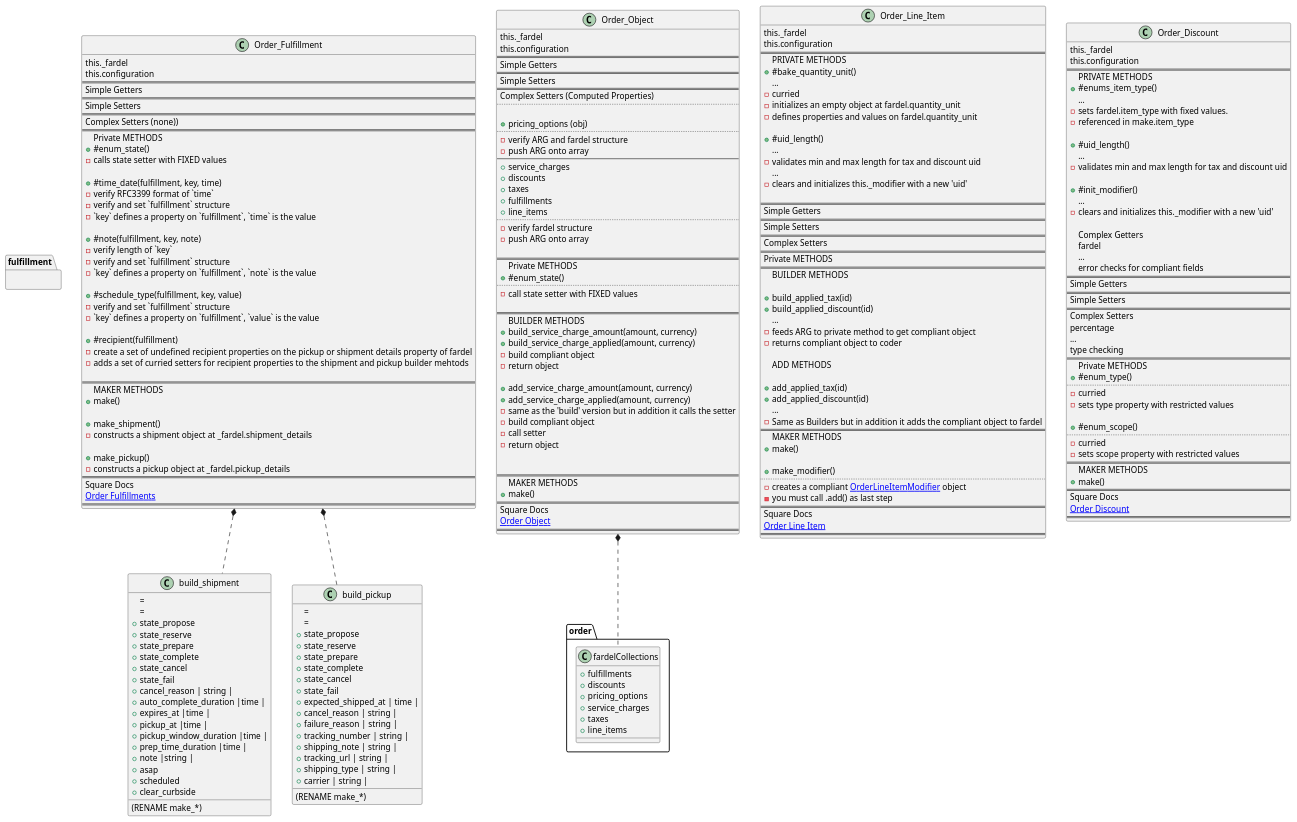
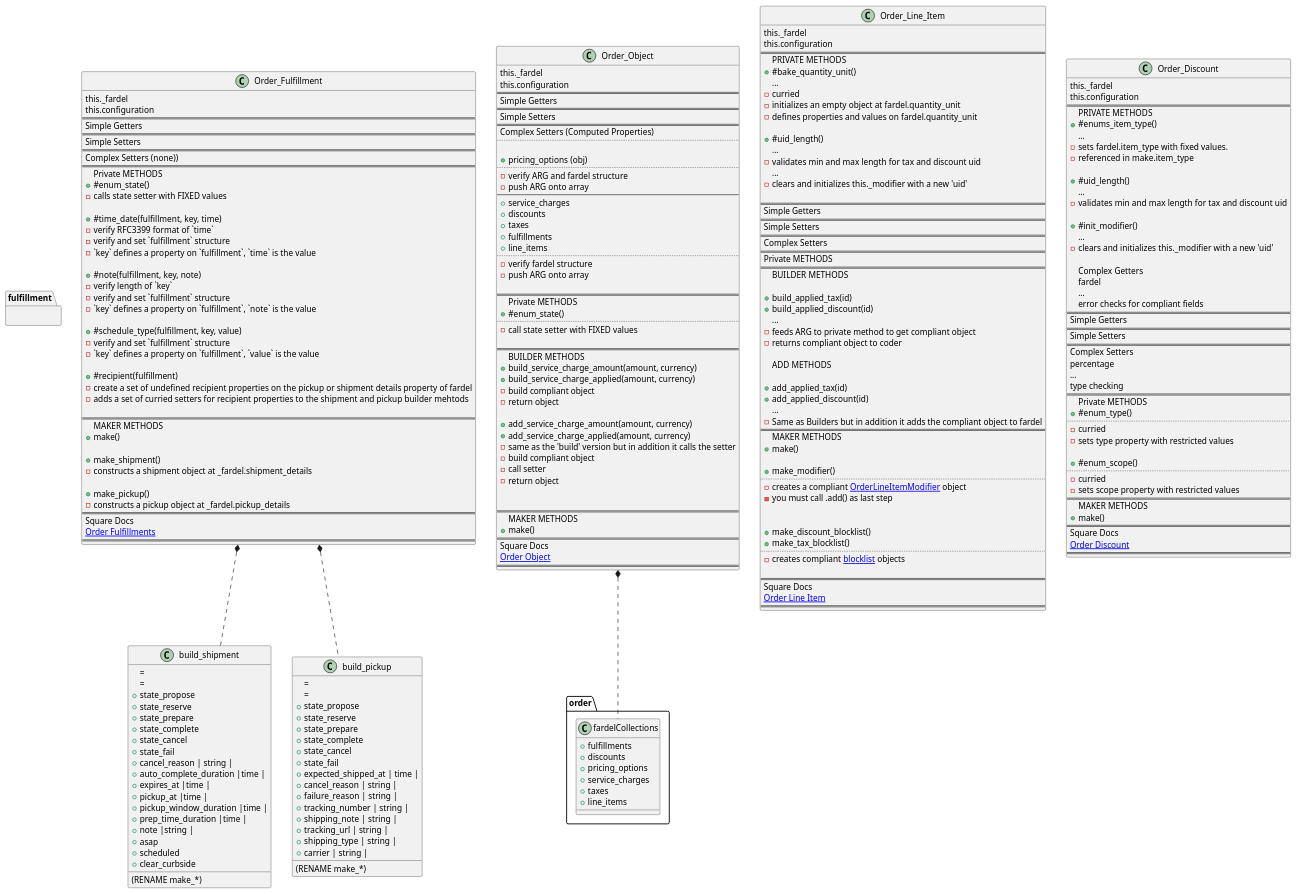
Before and after one commit to TwoFistedJustice/square-pie: the diagram in docs/uml/pie_order_object.puml, drawn with PlantUML.

Commit message:
docs: update uml to reflect new make methods

```diff
--- a/docs/uml/pie_order_object.puml
+++ b/docs/uml/pie_order_object.puml
@@ -171,6 +171,13 @@
 ..
 - creates a compliant [[https://developer.squareup.com/reference/square/objects/OrderLineItemModifier OrderLineItemModifier]] object
 - you must call .add() as last step
+
+
++make_discount_blocklist()
++make_tax_blocklist()
+..
+- creates compliant [[https://developer.squareup.com/reference/square/objects/OrderLineItemPricingBlocklists blocklist]] objects
+
 ==
 Square Docs
 [[https://developer.squareup.com/reference/square/objects/OrderLineItem Order Line Item ]]
```
